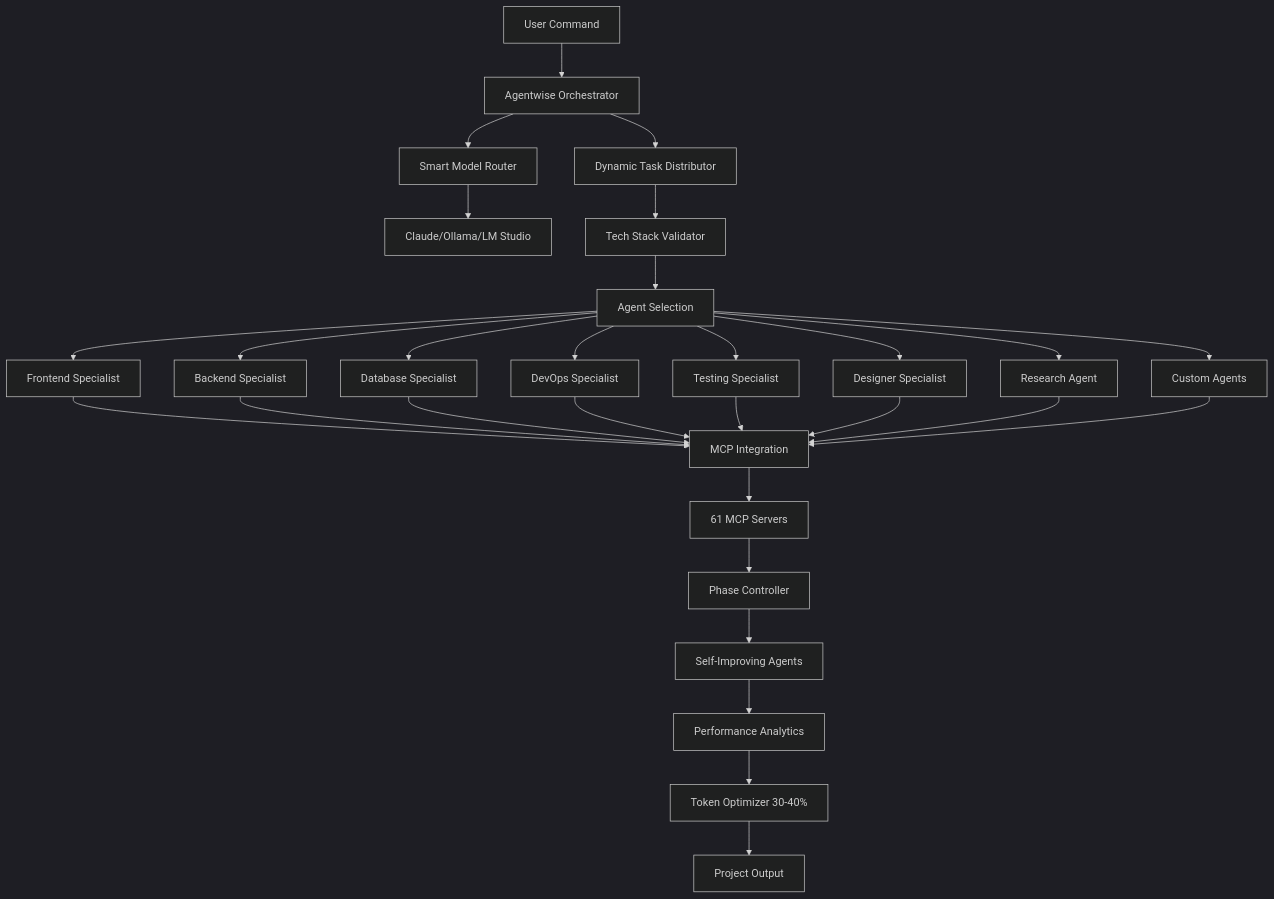
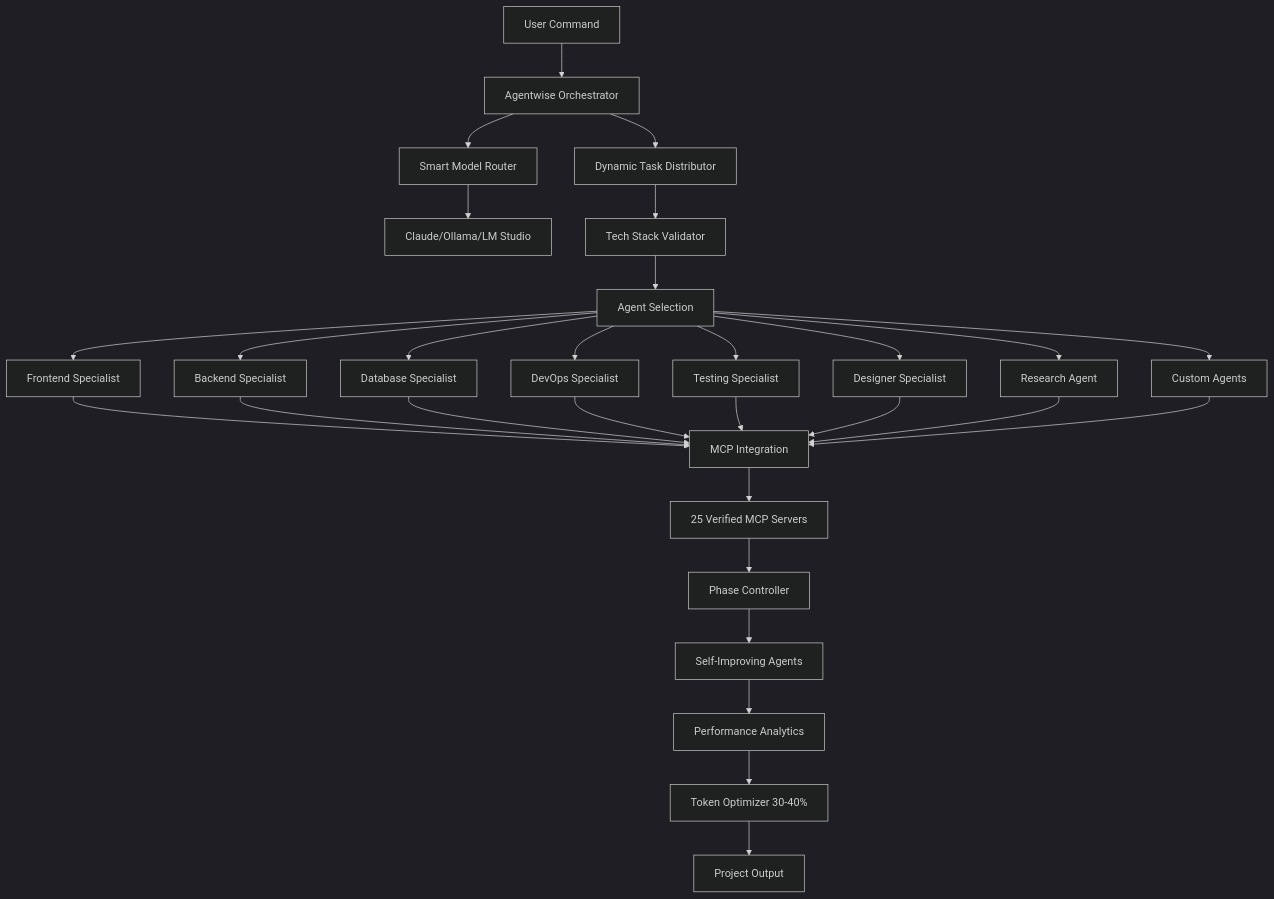
The diagram in README.md (VibeCodingWithPhil/agentwise), drawn with Mermaid (dark theme) before and after one commit. The commit also changed other lines of this file and 74 other files, not shown here.

````diff
--- a/README.md
+++ b/README.md
@@ -517,31 +545,31 @@
 ```mermaid
 graph TD
     A[User Command] --> B[Agentwise Orchestrator]
     B --> C[Smart Model Router]
     C --> D[Claude/Ollama/LM Studio]
     B --> E[Dynamic Task Distributor]
     E --> F[Tech Stack Validator]
     F --> G[Agent Selection]
     G --> H1[Frontend Specialist]
     G --> H2[Backend Specialist]
     G --> H3[Database Specialist]
     G --> H4[DevOps Specialist]
     G --> H5[Testing Specialist]
     G --> H6[Designer Specialist]
     G --> H7[Research Agent]
     G --> H8[Custom Agents]
     H1 --> I[MCP Integration]
     H2 --> I
     H3 --> I
     H4 --> I
     H5 --> I
     H6 --> I
     H7 --> I
     H8 --> I
-    I --> J[61 MCP Servers]
+    I --> J[25 Verified MCP Servers]
     J --> K[Phase Controller]
     K --> L[Self-Improving Agents]
     L --> M[Performance Analytics]
     M --> N[Token Optimizer 30-40%]
     N --> O[Project Output]
 ```
````
